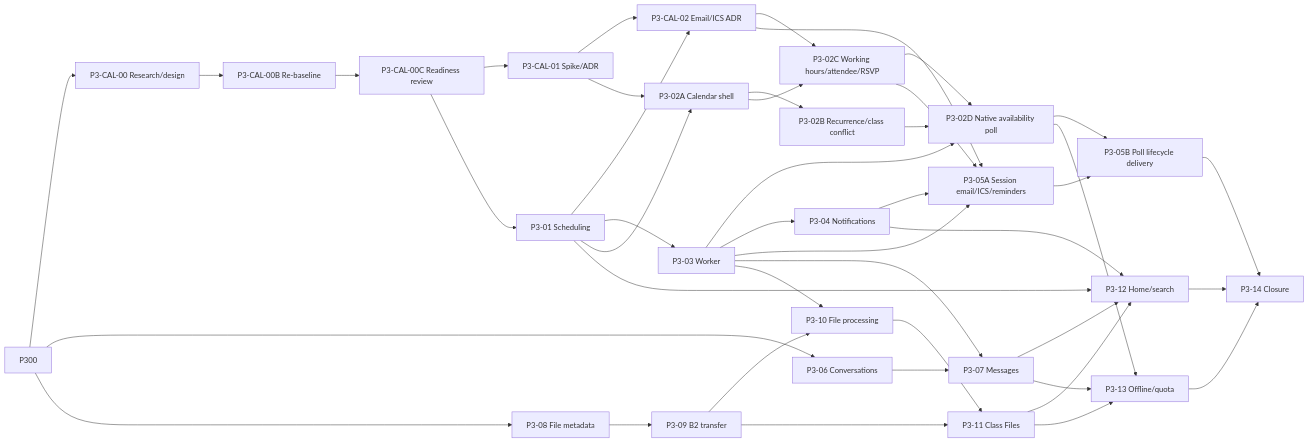
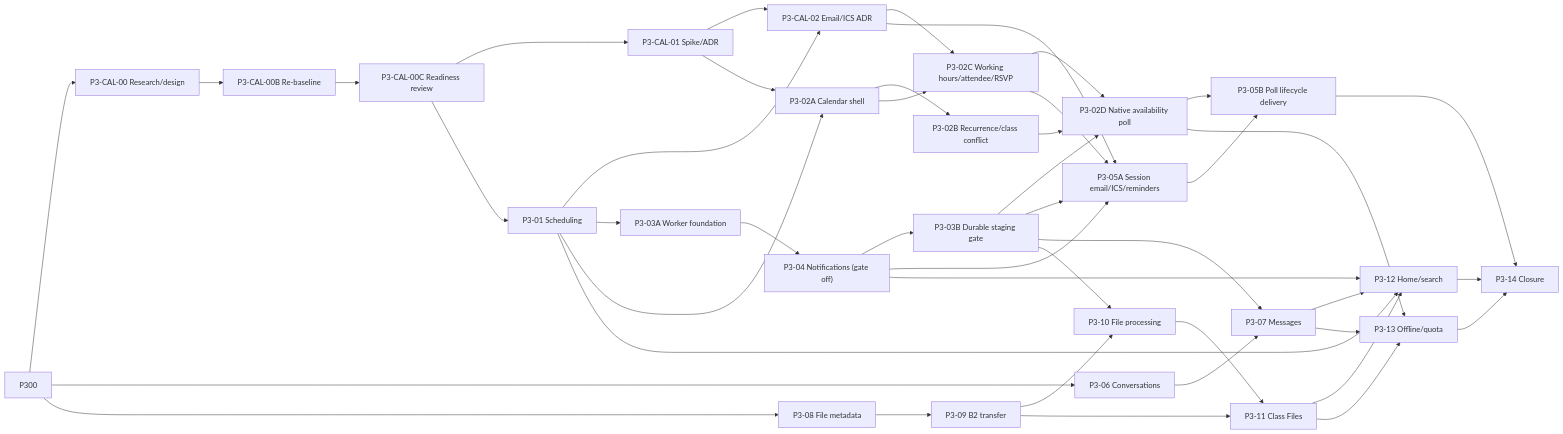
One commit to basangnguyen/TUTORHUB_WEB changed the diagram in docs/PHASE_3_BACKLOG.md. Above: the diagram before and after it, drawn with Mermaid. The commit also changed other lines of this file and 40 other files, not shown here.

````diff
--- a/docs/PHASE_3_BACKLOG.md
+++ b/docs/PHASE_3_BACKLOG.md
@@ -108,45 +111,46 @@
 ```mermaid
 flowchart LR
     P300 --> PC00["P3-CAL-00 Research/design"]
     PC00 --> PC00B["P3-CAL-00B Re-baseline"]
     PC00B --> PC00C["P3-CAL-00C Readiness review"]
     PC00C --> PC01["P3-CAL-01 Spike/ADR"]
     PC00C --> P301["P3-01 Scheduling"]
     PC01 --> PC02["P3-CAL-02 Email/ICS ADR"]
     P301 --> PC02
-    P301 --> P303["P3-03 Worker"]
+    P301 --> P303A["P3-03A Worker foundation"]
     P300 --> P306["P3-06 Conversations"]
     P300 --> P308["P3-08 File metadata"]
     P301 --> P302A["P3-02A Calendar shell"]
     PC01 --> P302A
     P302A --> P302B["P3-02B Recurrence/class conflict"]
     P302A --> P302C["P3-02C Working hours/attendee/RSVP"]
     PC02 --> P302C
     P302B --> P302D["P3-02D Native availability poll"]
     P302C --> P302D
-    P303 --> P302D
-    P303 --> P304["P3-04 Notifications"]
+    P303A --> P304["P3-04 Notifications (gate off)"]
+    P304 --> P303B["P3-03B Durable staging gate"]
+    P303B --> P302D
     P302C --> P305A["P3-05A Session email/ICS/reminders"]
     PC02 --> P305A
-    P303 --> P305A
+    P303B --> P305A
     P304 --> P305A
     P302D --> P305B["P3-05B Poll lifecycle delivery"]
     P305A --> P305B
     P306 --> P307["P3-07 Messages"]
-    P303 --> P307
+    P303B --> P307
     P308 --> P309["P3-09 B2 transfer"]
     P309 --> P310["P3-10 File processing"]
-    P303 --> P310
+    P303B --> P310
     P309 --> P311["P3-11 Class Files"]
     P310 --> P311
     P301 --> P312["P3-12 Home/search"]
     P304 --> P312
     P307 --> P312
     P311 --> P312
     P302D --> P313["P3-13 Offline/quota"]
     P307 --> P313
     P311 --> P313
     P305B --> P314["P3-14 Closure"]
     P312 --> P314
     P313 --> P314
 ```
````
